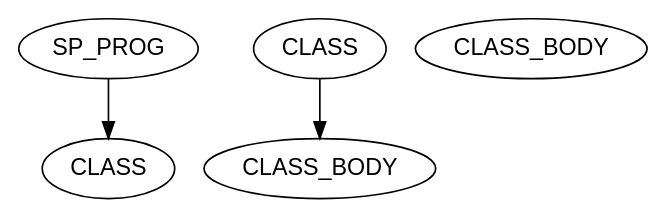
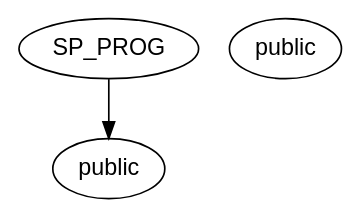
The diagram in ast/parse_tree.dot (jeipab/X-presso), drawn with Graphviz before and after one commit. The commit also changed 3 other files, not shown here.

```diff
--- a/ast/parse_tree.dot
+++ b/ast/parse_tree.dot
@@ -1,10 +1,7 @@
 digraph ParseTree {
     node [shape=ellipse, fontname="Arial"];
     node_0 [label="SP_PROG"];
-    node_1 [label="CLASS"];
+    node_1 [label="public"];
     node_0 -> node_1;
-    node_2 [label="CLASS"];
-    node_3 [label="CLASS_BODY"];
-    node_2 -> node_3;
-    node_4 [label="CLASS_BODY"];
+    node_2 [label="public"];
 }
```
